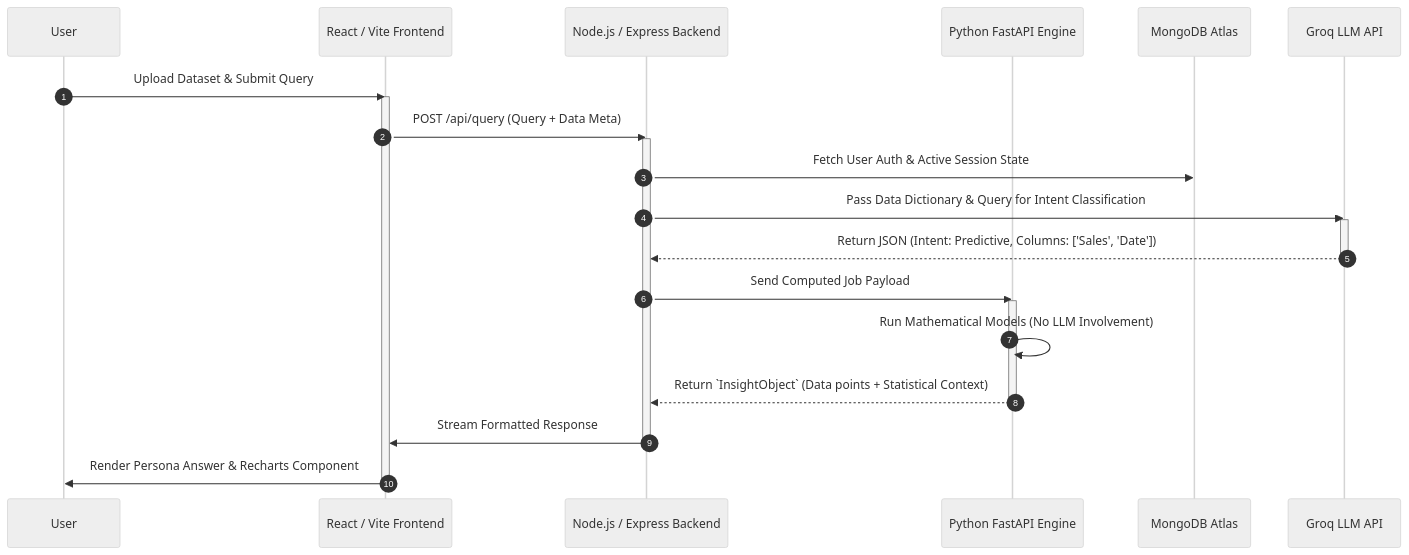
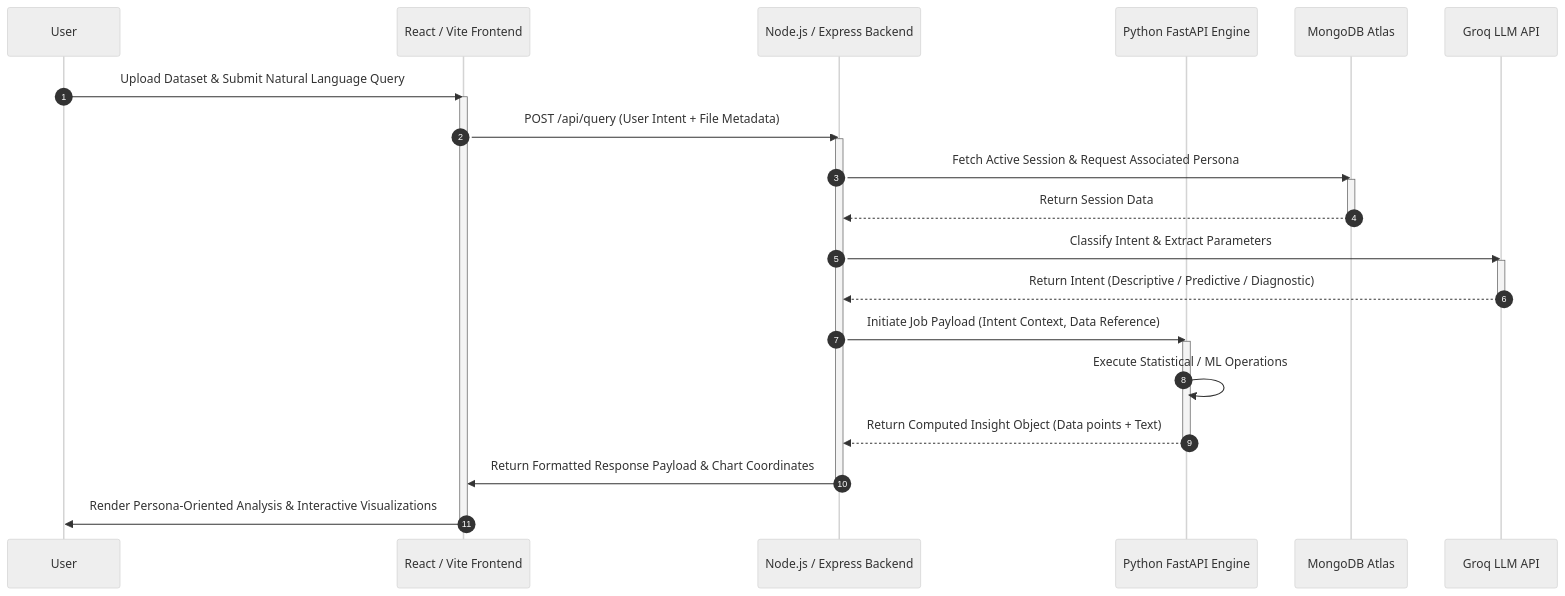
One commit to harsh07032004/NATWEST changed the second of 2 diagrams in README.md. Above: the diagram before and after it, drawn with Mermaid (neutral theme). The commit also changed other lines of this file and 3 other files, not shown here.

````diff
--- a/README.md
+++ b/README.md
@@ -85,34 +79,37 @@
 ```mermaid
 sequenceDiagram
     autonumber
     participant User
     participant Frontend as React / Vite Frontend
     participant Backend as Node.js / Express Backend
     participant Engine as Python FastAPI Engine
     participant DB as MongoDB Atlas
     participant LLM as Groq LLM API
 
-    User->>Frontend: Upload Dataset & Submit Query
+    User->>Frontend: Upload Dataset & Submit Natural Language Query
     activate Frontend
-    Frontend->>Backend: POST /api/query (Query + Data Meta)
+    Frontend->>Backend: POST /api/query (User Intent + File Metadata)
     activate Backend
     
-    Backend->>DB: Fetch User Auth & Active Session State
+    Backend->>DB: Fetch Active Session & Request Associated Persona
+    activate DB
+    DB-->>Backend: Return Session Data
+    deactivate DB
     
-    Backend->>LLM: Pass Data Dictionary & Query for Intent Classification
+    Backend->>LLM: Classify Intent & Extract Parameters
     activate LLM
-    LLM-->>Backend: Return JSON (Intent: Predictive, Columns: ['Sales', 'Date'])
+    LLM-->>Backend: Return Intent (Descriptive / Predictive / Diagnostic)
     deactivate LLM
     
-    Backend->>Engine: Send Computed Job Payload
+    Backend->>Engine: Initiate Job Payload (Intent Context, Data Reference)
     activate Engine
-    Engine->>Engine: Run Mathematical Models (No LLM Involvement)
-    Engine-->>Backend: Return `InsightObject` (Data points + Statistical Context)
+    Engine->>Engine: Execute Statistical / ML Operations
+    Engine-->>Backend: Return Computed Insight Object (Data points + Text)
     deactivate Engine
     
-    Backend->>Frontend: Stream Formatted Response
+    Backend->>Frontend: Return Formatted Response Payload & Chart Coordinates
     deactivate Backend
     
-    Frontend->>User: Render Persona Answer & Recharts Component
+    Frontend->>User: Render Persona-Oriented Analysis & Interactive Visualizations
     deactivate Frontend
 ```
````
